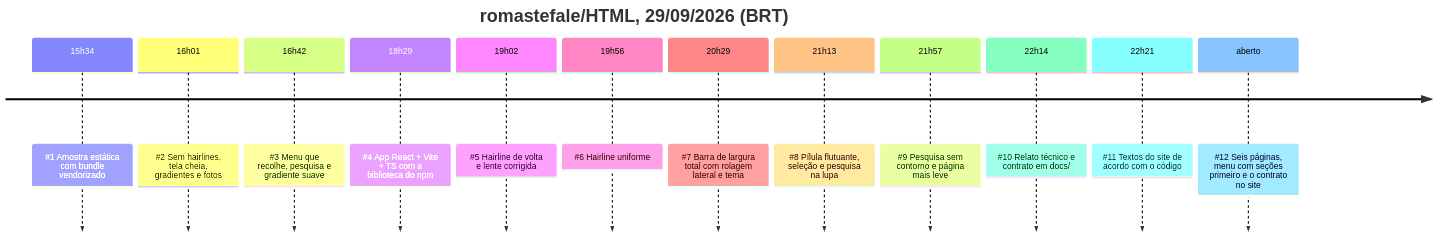
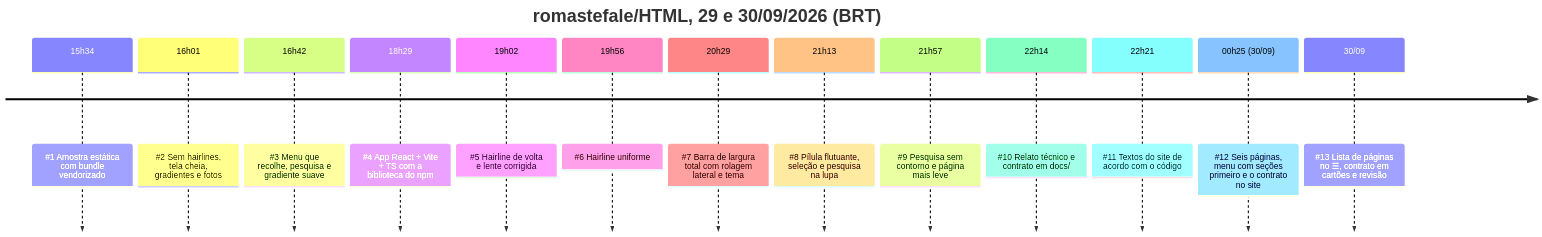
The diagram in docs/HISTORICO.md (romastefale/HTML), drawn with Mermaid before and after one commit. The commit also changed other lines of this file and 22 other files, not shown here.

First line of the commit message:
Lista de páginas no ☰, contrato em cartões, quebra de linha e revisão visual

````diff
--- a/docs/HISTORICO.md
+++ b/docs/HISTORICO.md
@@ -5,16 +5,17 @@
 ```mermaid
 timeline
-  title romastefale/HTML, 29/09/2026 (BRT)
+  title romastefale/HTML, 29 e 30/09/2026 (BRT)
   15h34 : #1 Amostra estática com bundle vendorizado
   16h01 : #2 Sem hairlines, tela cheia, gradientes e fotos
   16h42 : #3 Menu que recolhe, pesquisa e gradiente suave
   18h29 : #4 App React + Vite + TS com a biblioteca do npm
   19h02 : #5 Hairline de volta e lente corrigida
   19h56 : #6 Hairline uniforme
   20h29 : #7 Barra de largura total com rolagem lateral e tema
   21h13 : #8 Pílula flutuante, seleção e pesquisa na lupa
   21h57 : #9 Pesquisa sem contorno e página mais leve
   22h14 : #10 Relato técnico e contrato em docs/
   22h21 : #11 Textos do site de acordo com o código
-  aberto : #12 Seis páginas, menu com seções primeiro e o contrato no site
+  00h25 (30/09) : #12 Seis páginas, menu com seções primeiro e o contrato no site
+  30/09 : #13 Lista de páginas no ☰, contrato em cartões e revisão
 ```
````
